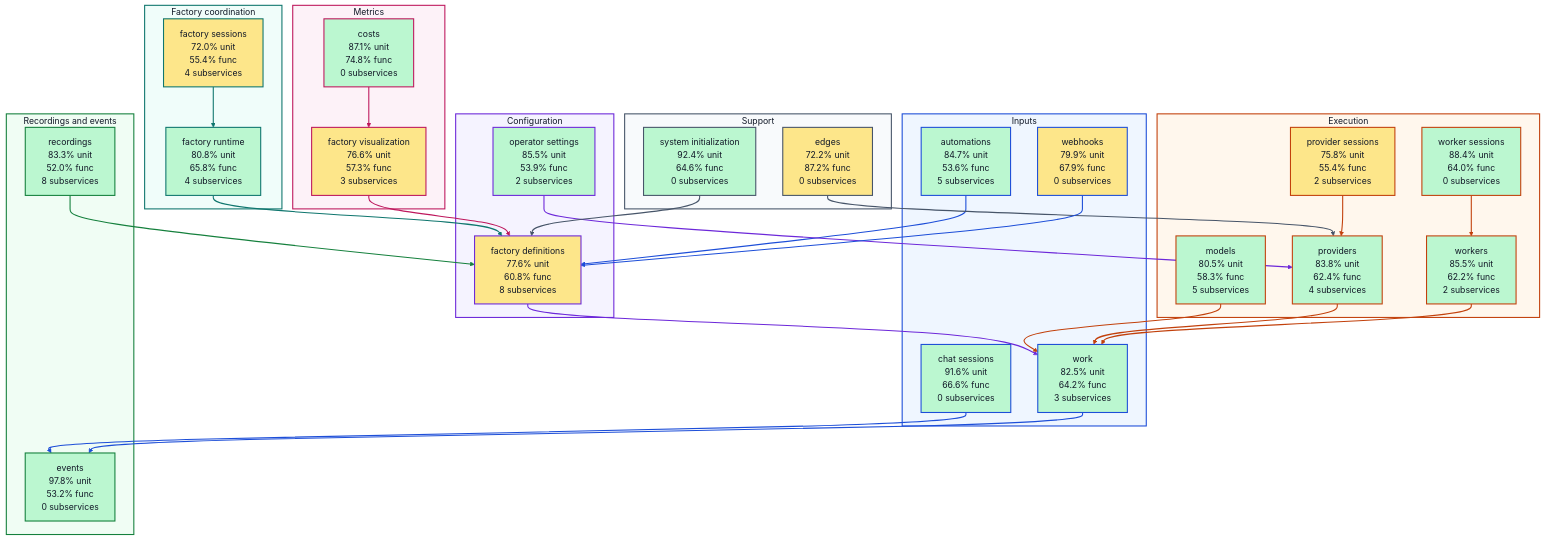
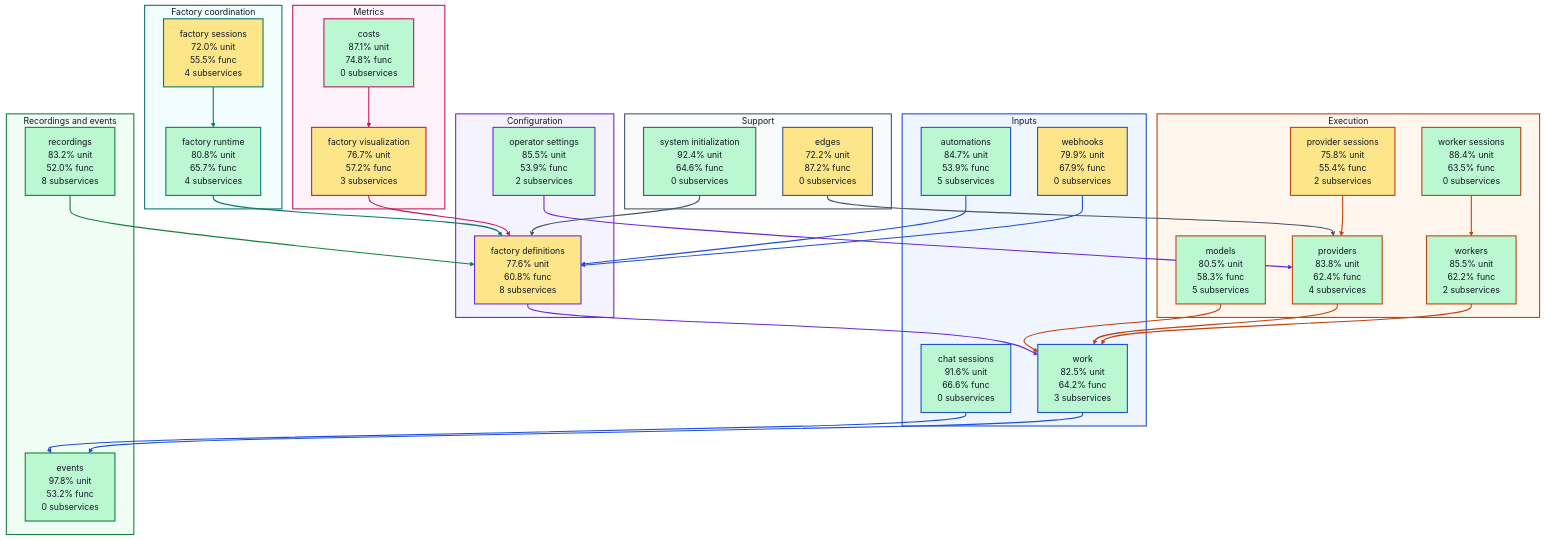
The diagram in docs/architecture/visualizations/high-level-test-coverage.md (portpowered/you-agent-factory), drawn with Mermaid before and after one commit. The commit also changed other lines of this file and 19 other files, not shown here.

Commit message:
docs: refresh backend architecture visualizations

````diff
--- a/docs/architecture/visualizations/high-level-test-coverage.md
+++ b/docs/architecture/visualizations/high-level-test-coverage.md
@@ -11,7 +11,7 @@
 ```mermaid
 flowchart TB
   subgraph input["Inputs"]
-    s_services_automations["automations<br/>84.7% unit<br/>53.6% func<br/>5 subservices"]
+    s_services_automations["automations<br/>84.7% unit<br/>53.9% func<br/>5 subservices"]
     s_services_chat_sessions["chat sessions<br/>91.6% unit<br/>66.6% func<br/>0 subservices"]
     s_services_webhooks["webhooks<br/>79.9% unit<br/>67.9% func<br/>0 subservices"]
     s_services_work["work<br/>82.5% unit<br/>64.2% func<br/>3 subservices"]
@@ -21,23 +21,23 @@
     s_services_operator_settings["operator settings<br/>85.5% unit<br/>53.9% func<br/>2 subservices"]
   end
   subgraph coordination["Factory coordination"]
-    s_services_factory_runtime["factory runtime<br/>80.8% unit<br/>65.8% func<br/>4 subservices"]
-    s_services_factory_sessions["factory sessions<br/>72.0% unit<br/>55.4% func<br/>4 subservices"]
+    s_services_factory_runtime["factory runtime<br/>80.8% unit<br/>65.7% func<br/>4 subservices"]
+    s_services_factory_sessions["factory sessions<br/>72.0% unit<br/>55.5% func<br/>4 subservices"]
   end
   subgraph execution["Execution"]
     s_services_models["models<br/>80.5% unit<br/>58.3% func<br/>5 subservices"]
     s_services_provider_sessions["provider sessions<br/>75.8% unit<br/>55.4% func<br/>2 subservices"]
     s_services_providers["providers<br/>83.8% unit<br/>62.4% func<br/>4 subservices"]
-    s_services_worker_sessions["worker sessions<br/>88.4% unit<br/>64.0% func<br/>0 subservices"]
+    s_services_worker_sessions["worker sessions<br/>88.4% unit<br/>63.5% func<br/>0 subservices"]
     s_services_workers["workers<br/>85.5% unit<br/>62.2% func<br/>2 subservices"]
   end
   subgraph recordings["Recordings and events"]
     s_services_events["events<br/>97.8% unit<br/>53.2% func<br/>0 subservices"]
-    s_services_recordings["recordings<br/>83.3% unit<br/>52.0% func<br/>8 subservices"]
+    s_services_recordings["recordings<br/>83.2% unit<br/>52.0% func<br/>8 subservices"]
   end
   subgraph metrics["Metrics"]
     s_services_costs["costs<br/>87.1% unit<br/>74.8% func<br/>0 subservices"]
-    s_services_factory_visualization["factory visualization<br/>76.6% unit<br/>57.3% func<br/>3 subservices"]
+    s_services_factory_visualization["factory visualization<br/>76.7% unit<br/>57.2% func<br/>3 subservices"]
   end
   subgraph support["Support"]
     s_services_edges["edges<br/>72.2% unit<br/>87.2% func<br/>0 subservices"]
````
